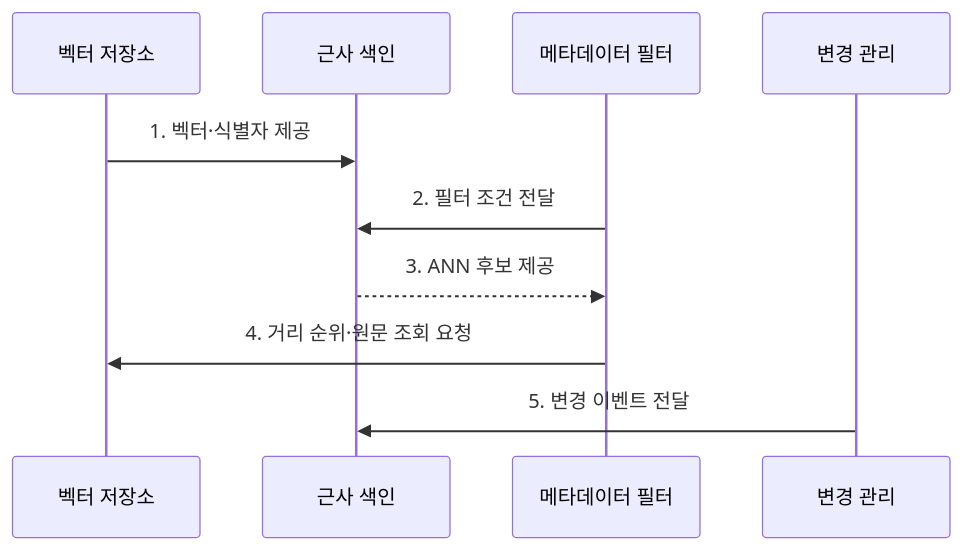
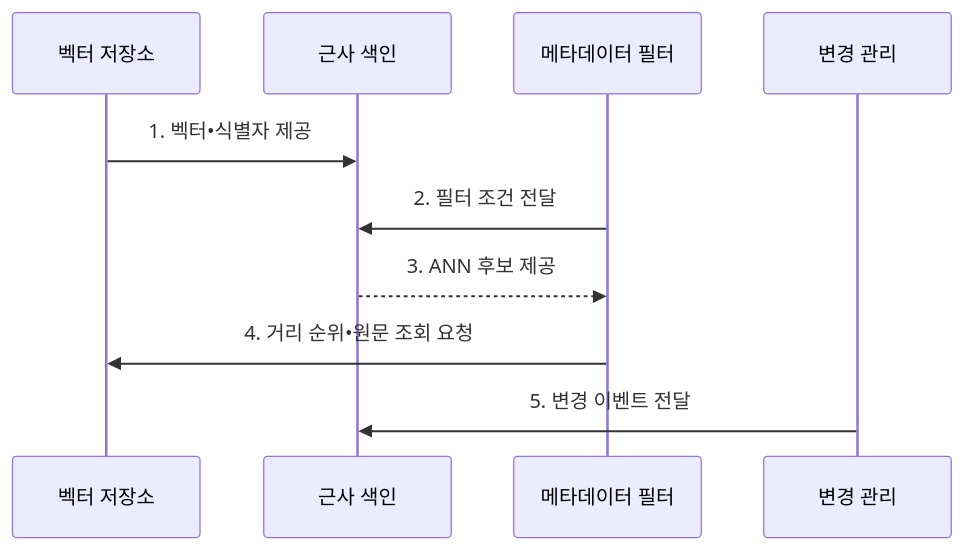
One commit to agnusdei1207/knowledge-base changed the second of 2 diagrams in src/content/docs/notes/08-latest-tech/075_vector_database.md. Above: the diagram before and after it, drawn with Mermaid. The commit also changed other lines of this file and 953 other files, not shown here.

````diff
--- a/src/content/docs/notes/08-latest-tech/075_vector_database.md
+++ b/src/content/docs/notes/08-latest-tech/075_vector_database.md
@@ -107,12 +107,12 @@
 ```mermaid
 sequenceDiagram
   participant S as 벡터 저장소
   participant I as 근사 색인
   participant F as 메타데이터 필터
   participant C as 변경 관리
-  S->>I: 1. 벡터·식별자 제공
+  S->>I: 1. 벡터•식별자 제공
   F->>I: 2. 필터 조건 전달
   I-->>F: 3. ANN 후보 제공
-  F->>S: 4. 거리 순위·원문 조회 요청
+  F->>S: 4. 거리 순위•원문 조회 요청
   C->>I: 5. 변경 이벤트 전달
 ```
````
